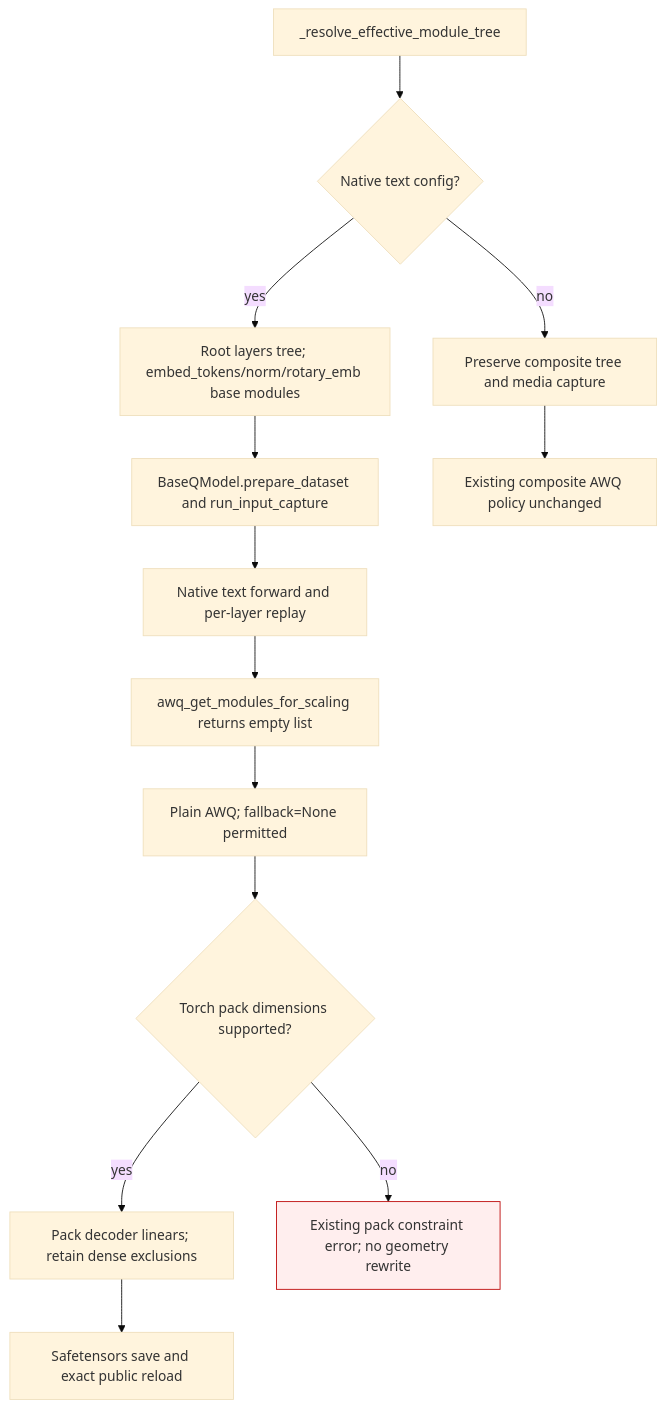
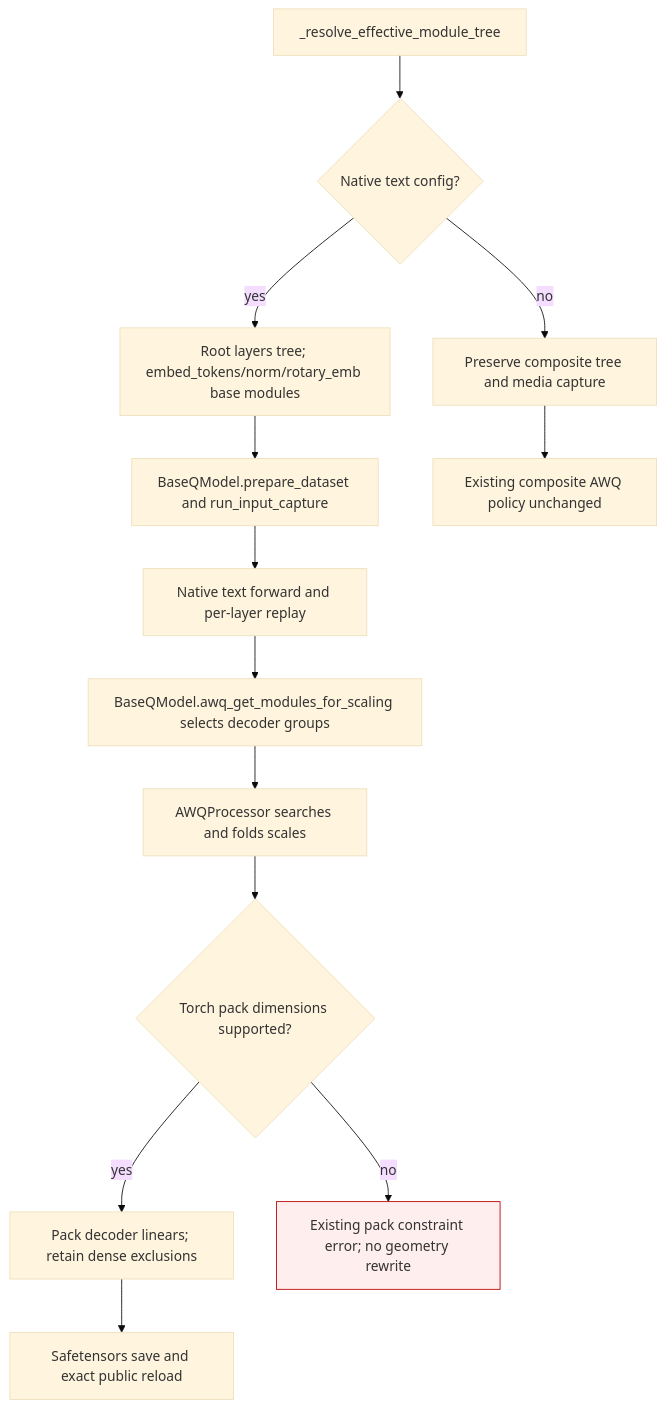
The second of 2 diagrams in gptqmodel/models/ports/qwen2_5_vl/README.md (ModelCloud/GPTQModel), drawn with Mermaid (base theme) before and after one commit. The commit also changed other lines of this file and 53 other files, not shown here.

````diff
--- a/gptqmodel/models/ports/qwen2_5_vl/README.md
+++ b/gptqmodel/models/ports/qwen2_5_vl/README.md
@@ -74,17 +74,17 @@
 ```mermaid
 flowchart TD
     A["_resolve_effective_module_tree"] --> B{"Native text config?"}
     B -->|no| C["Preserve composite tree and media capture"]
     B -->|yes| D["Root layers tree; embed_tokens/norm/rotary_emb base modules"]
     D --> E["BaseQModel.prepare_dataset and run_input_capture"]
     E --> F["Native text forward and per-layer replay"]
-    F --> G["awq_get_modules_for_scaling returns empty list"]
-    G --> H["Plain AWQ; fallback=None permitted"]
+    F --> G["BaseQModel.awq_get_modules_for_scaling selects decoder groups"]
+    G --> H["AWQProcessor searches and folds scales"]
     H --> I{"Torch pack dimensions supported?"}
     I -->|yes| J["Pack decoder linears; retain dense exclusions"]
     I -->|no| X["Existing pack constraint error; no geometry rewrite"]
     J --> K["Safetensors save and exact public reload"]
     C --> L["Existing composite AWQ policy unchanged"]
     classDef failure fill:#fee,stroke:#b00;
     class X failure;
 ```
````
